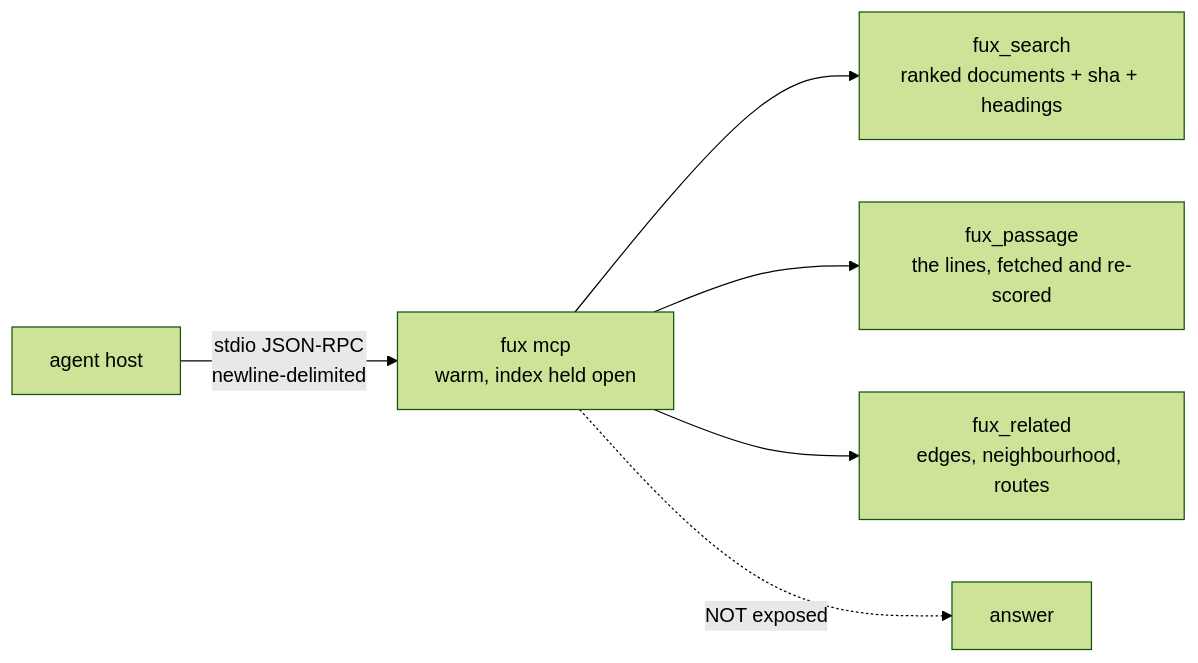
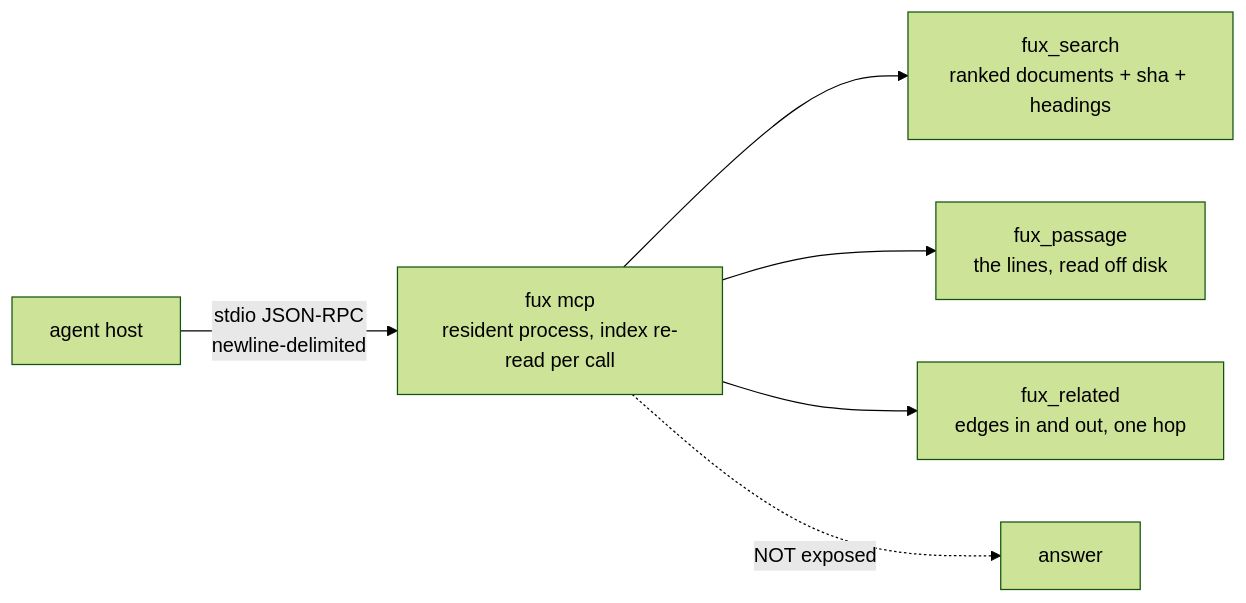
The diagram in docs/adr/0136_mcp.md (arpitarya/fux), drawn with Mermaid (forest theme) before and after one commit. The commit also changed other lines of this file and 88 other files, not shown here.

````diff
--- a/docs/adr/0136_mcp.md
+++ b/docs/adr/0136_mcp.md
@@ -24,8 +24,8 @@
 ```mermaid
 flowchart LR
-    H["agent host"] -->|"stdio JSON-RPC<br/>newline-delimited"| S["fux mcp<br/>warm, index held open"]
+    H["agent host"] -->|"stdio JSON-RPC<br/>newline-delimited"| S["fux mcp<br/>resident process, index re-read per call"]
     S --> T1["fux_search<br/>ranked documents + sha + headings"]
-    S --> T2["fux_passage<br/>the lines, fetched and re-scored"]
-    S --> T3["fux_related<br/>edges, neighbourhood, routes"]
+    S --> T2["fux_passage<br/>the lines, read off disk"]
+    S --> T3["fux_related<br/>edges in and out, one hop"]
     S -.->|"NOT exposed"| X["answer"]
 ```
````
